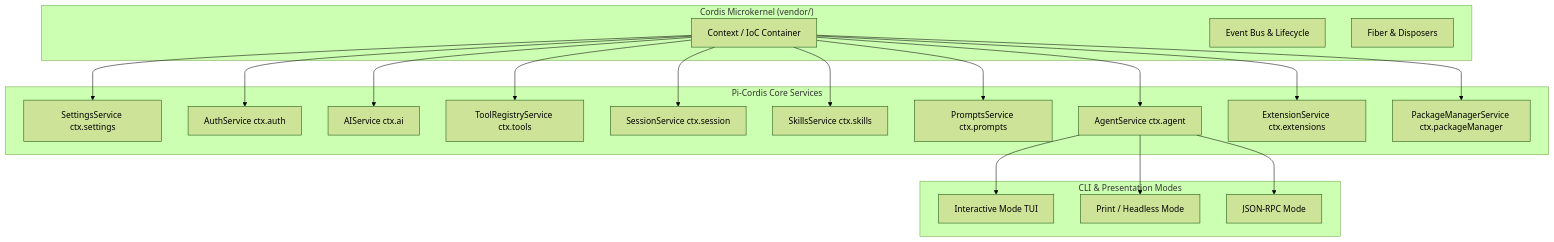
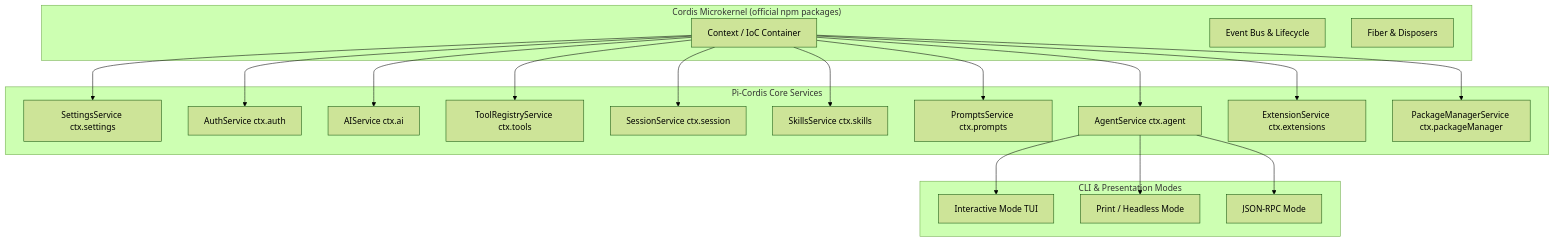
Before and after one commit to civaapple-alt/pi-cordis: the diagram in .agents/notes/implemented/architecture/2026-08-19-pi-cordis-microkernel-architecture.md, drawn with Mermaid (forest theme). The commit also changed other lines of this file and 115 other files, not shown here.

Commit message:
refactor(deps): consume Cordis packages from npm

````diff
--- a/.agents/notes/implemented/architecture/2026-08-19-pi-cordis-microkernel-architecture.md
+++ b/.agents/notes/implemented/architecture/2026-08-19-pi-cordis-microkernel-architecture.md
@@ -30,42 +30,42 @@
 ```mermaid
 graph TD
-    subgraph "Cordis Microkernel (vendor/)"
+    subgraph "Cordis Microkernel (official npm packages)"
         Ctx[Context / IoC Container]
         Events[Event Bus & Lifecycle]
         Fiber[Fiber & Disposers]
     end
 
     subgraph "Pi-Cordis Core Services"
         SettingsSvc[SettingsService ctx.settings]
         AuthSvc[AuthService ctx.auth]
         AiSvc[AIService ctx.ai]
         ToolsSvc[ToolRegistryService ctx.tools]
         SessionSvc[SessionService ctx.session]
         SkillsSvc[SkillsService ctx.skills]
         PromptsSvc[PromptsService ctx.prompts]
         AgentSvc[AgentService ctx.agent]
         ExtSvc[ExtensionService ctx.extensions]
         PkgSvc[PackageManagerService ctx.packageManager]
     end
 
     subgraph "CLI & Presentation Modes"
         InteractiveTUI[Interactive Mode TUI]
         PrintMode[Print / Headless Mode]
         RPCMode[JSON-RPC Mode]
     end
 
     Ctx --> SettingsSvc
     Ctx --> AuthSvc
     Ctx --> AiSvc
     Ctx --> ToolsSvc
     Ctx --> SessionSvc
     Ctx --> SkillsSvc
     Ctx --> PromptsSvc
     Ctx --> AgentSvc
     Ctx --> ExtSvc
     Ctx --> PkgSvc
 
     AgentSvc --> InteractiveTUI
     AgentSvc --> PrintMode
     AgentSvc --> RPCMode
 ```
````
